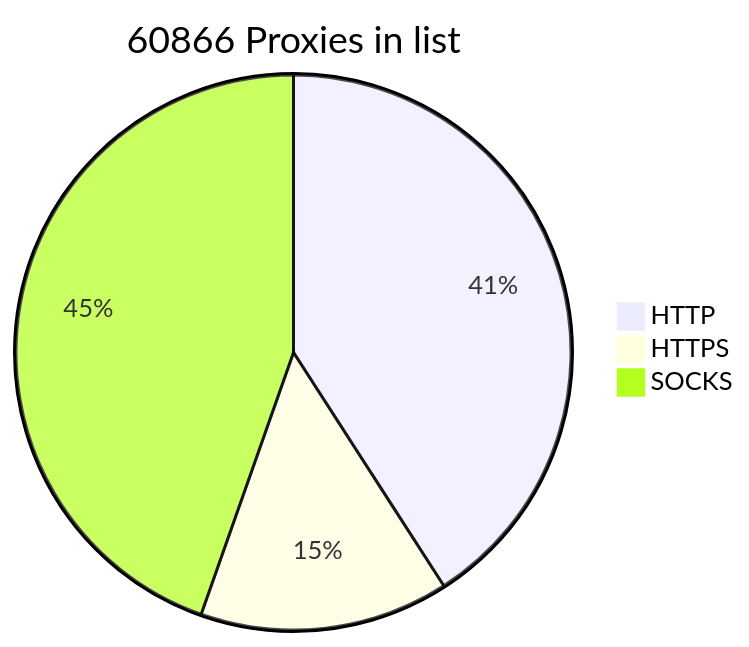
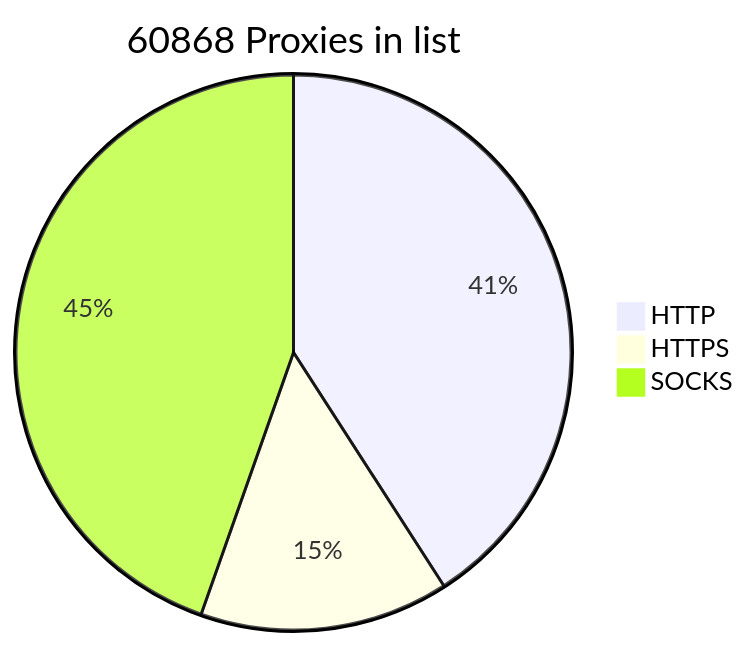
Before and after one commit to BlackSnowDot/proxylist-update-every-minute: the diagram in README.md, drawn with Mermaid.

````diff
--- a/README.md
+++ b/README.md
@@ -2,6 +2,6 @@
 ```mermaid
-pie title 60866 Proxies in list
-    "HTTP" : 28193
-    "HTTPS": 10001
+pie title 60868 Proxies in list
+    "HTTP" : 28192
+    "HTTPS": 10004
     "SOCKS" : 30750
 ```
````
